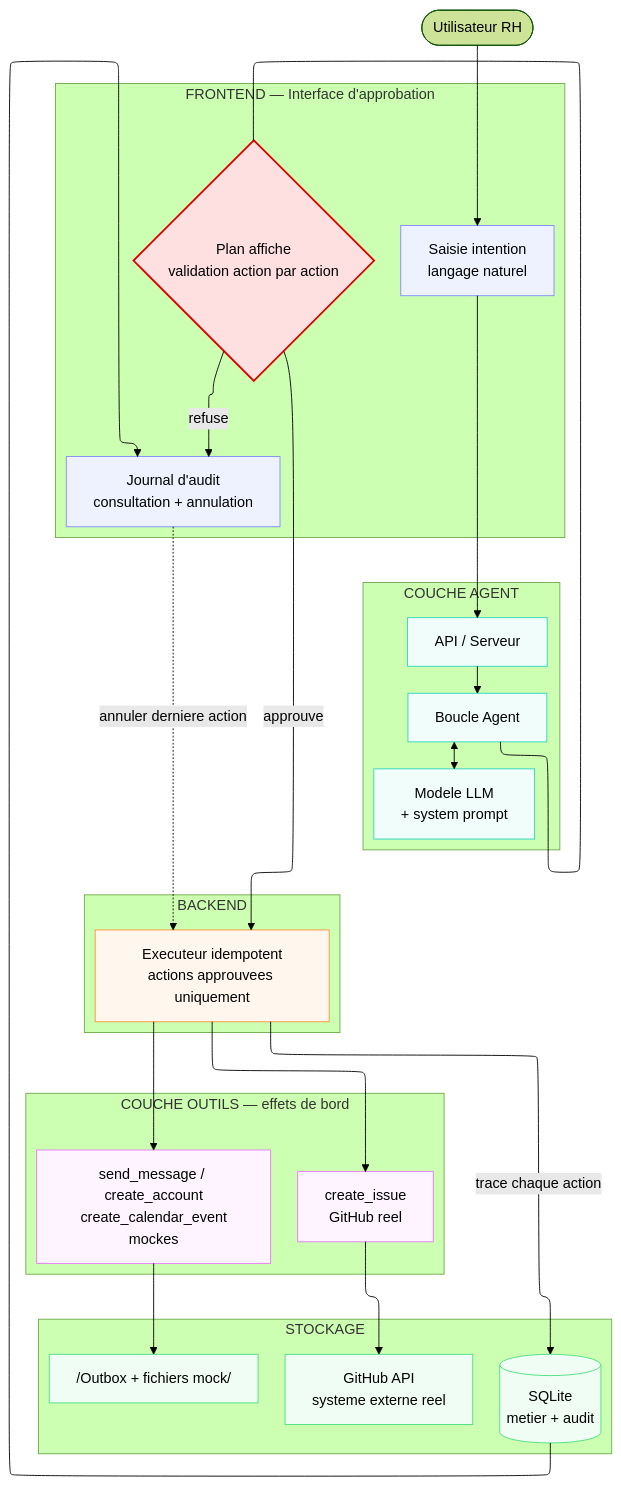
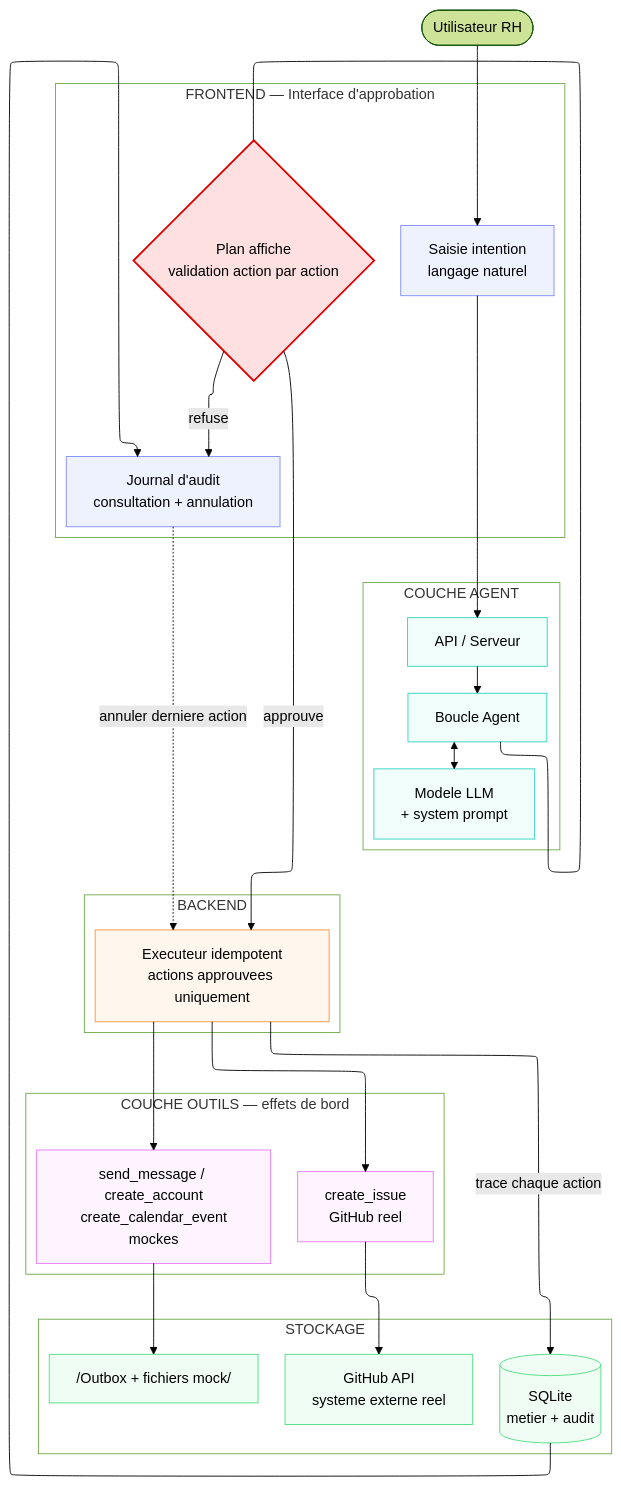
Before and after one commit to 22niko-spw/holberton-hackathonagentic: the diagram in DOCS/architecture.md, drawn with Mermaid (forest theme).

Commit message:
docs: enhance architecture diagram with transparent styles for clarity

````diff
--- a/DOCS/architecture.md
+++ b/DOCS/architecture.md
@@ -9,62 +9,68 @@
 ```mermaid
 ---
 config:
   layout: elk
 ---
 flowchart TB
  subgraph FRONT["FRONTEND — Interface d'approbation"]
         UI["Saisie intention<br>langage naturel"]
         Gate{"Plan affiche<br>validation action par action"}
         JournalUI@{ label: "Journal d'audit<br>consultation + annulation" }
   end
  subgraph AGENT["COUCHE AGENT"]
         API["API / Serveur"]
         AgentLoop["Boucle Agent"]
         LLM["Modele LLM<br>+ system prompt"]
   end
  subgraph BACK["BACKEND"]
         Exec["Executeur idempotent<br>actions approuvees uniquement"]
   end
  subgraph TOOLS["COUCHE OUTILS — effets de bord"]
         Real["create_issue<br>GitHub reel"]
         Mock["send_message / create_account<br>create_calendar_event<br>mockes"]
   end
  subgraph STORAGE["STOCKAGE"]
         GH["GitHub API<br>systeme externe reel"]
         Outbox["/Outbox + fichiers mock/"]
         DB[("SQLite<br>metier + audit")]
   end
     User(["Utilisateur RH"]) --> UI
     UI --> API
     API --> AgentLoop
     AgentLoop <--> LLM
     AgentLoop --- Gate
     Gate -- approuve --> Exec
     Gate -- refuse --> JournalUI
     Exec --> Real & Mock
     Real --> GH
     Mock --> Outbox
     Exec -- trace chaque action --> DB
     DB --> JournalUI
     JournalUI -. annuler derniere action .-> Exec
 
     JournalUI@{ shape: rect}
      UI:::frontStyle
      Gate:::gateStyle
      JournalUI:::frontStyle
      API:::agentStyle
      AgentLoop:::agentStyle
      LLM:::agentStyle
      Exec:::backStyle
      Real:::toolsStyle
      Mock:::toolsStyle
      GH:::storageStyle
      Outbox:::storageStyle
      DB:::storageStyle
     classDef gateStyle fill:#ffe0e0,stroke:#d00,stroke-width:2px
     classDef frontStyle fill:#eef2ff,stroke:#818cf8,stroke-width:1px
     classDef agentStyle fill:#f0fdfa,stroke:#2dd4bf,stroke-width:1px
     classDef backStyle fill:#fff7ed,stroke:#fb923c,stroke-width:1px
     classDef toolsStyle fill:#fdf4ff,stroke:#e879f9,stroke-width:1px
     classDef storageStyle fill:#f0fdf4,stroke:#4ade80,stroke-width:1px
+    style FRONT fill:transparent
+    style AGENT fill:transparent
+    style BACK fill:transparent
+    style TOOLS fill:transparent
+    style STORAGE fill:transparent
+    linkStyle 12 stroke:#000000,fill:none
 ```
````
